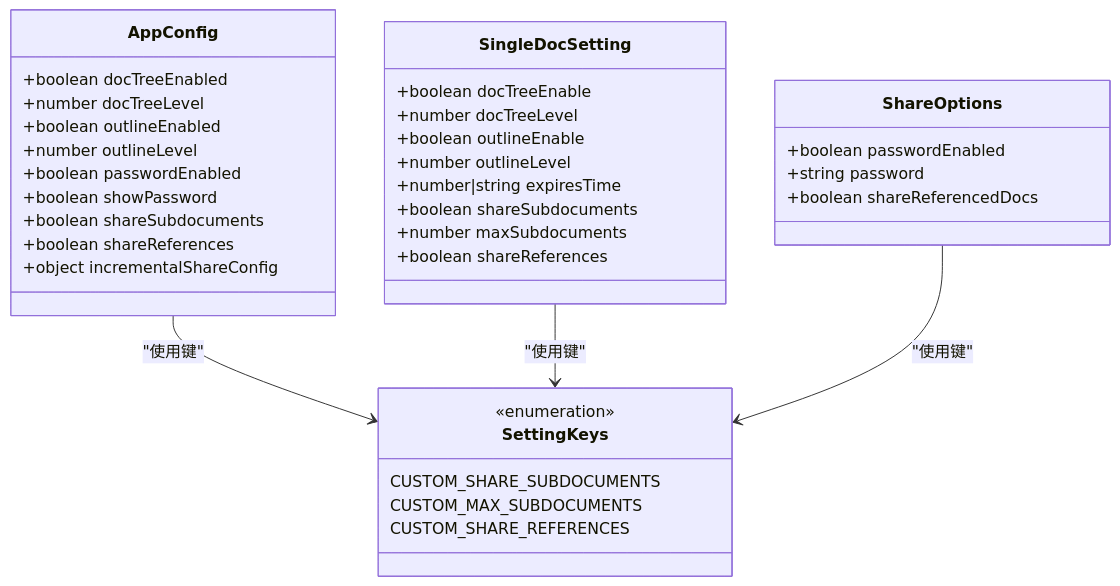
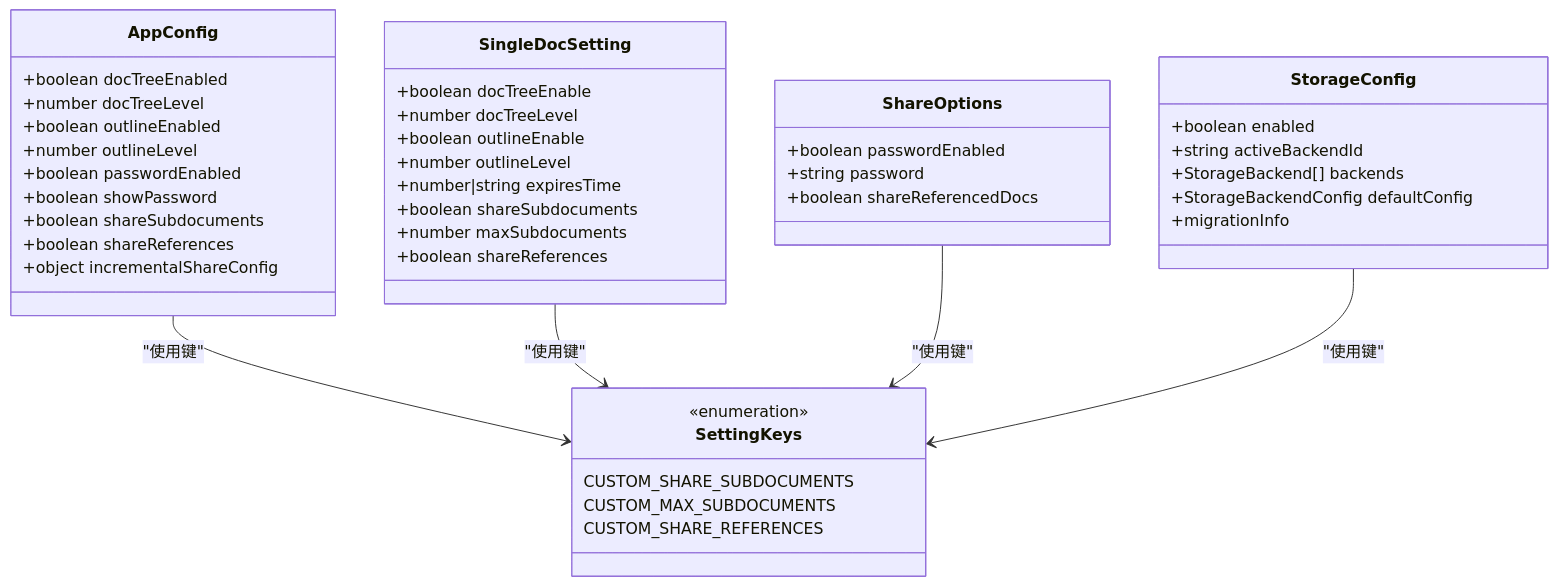
Before and after one commit to terwerinc/siyuan-plugin-share-pro: the seventh of 8 diagrams in .qoder/repowiki/zh/content/开放规范/开放规范.md, drawn with Mermaid. The commit also changed other lines of this file and 6 other files, not shown here.

````diff
--- a/.qoder/repowiki/zh/content/开放规范/开放规范.md
+++ b/.qoder/repowiki/zh/content/开放规范/开放规范.md
@@ -347,38 +392,46 @@
 ```mermaid
 classDiagram
 class AppConfig {
 +boolean docTreeEnabled
 +number docTreeLevel
 +boolean outlineEnabled
 +number outlineLevel
 +boolean passwordEnabled
 +boolean showPassword
 +boolean shareSubdocuments
 +boolean shareReferences
 +object incrementalShareConfig
 }
 class SingleDocSetting {
 +boolean docTreeEnable
 +number docTreeLevel
 +boolean outlineEnable
 +number outlineLevel
 +number|string expiresTime
 +boolean shareSubdocuments
 +number maxSubdocuments
 +boolean shareReferences
 }
 class ShareOptions {
 +boolean passwordEnabled
 +string password
 +boolean shareReferencedDocs
 }
+class StorageConfig {
++boolean enabled
++string activeBackendId
++StorageBackend[] backends
++StorageBackendConfig defaultConfig
++migrationInfo
+}
 class SettingKeys {
 <<enumeration>>
 CUSTOM_SHARE_SUBDOCUMENTS
 CUSTOM_MAX_SUBDOCUMENTS
 CUSTOM_SHARE_REFERENCES
 }
 AppConfig --> SettingKeys : "使用键"
 SingleDocSetting --> SettingKeys : "使用键"
 ShareOptions --> SettingKeys : "使用键"
+StorageConfig --> SettingKeys : "使用键"
 ```
````
